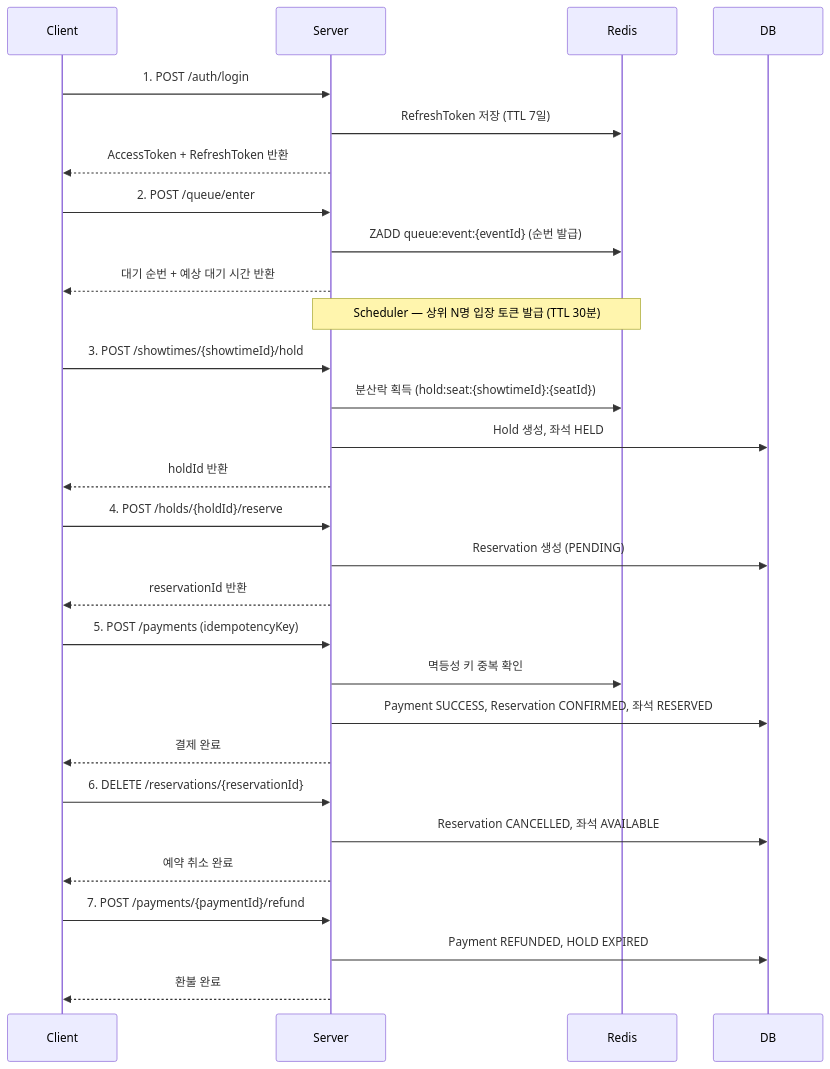
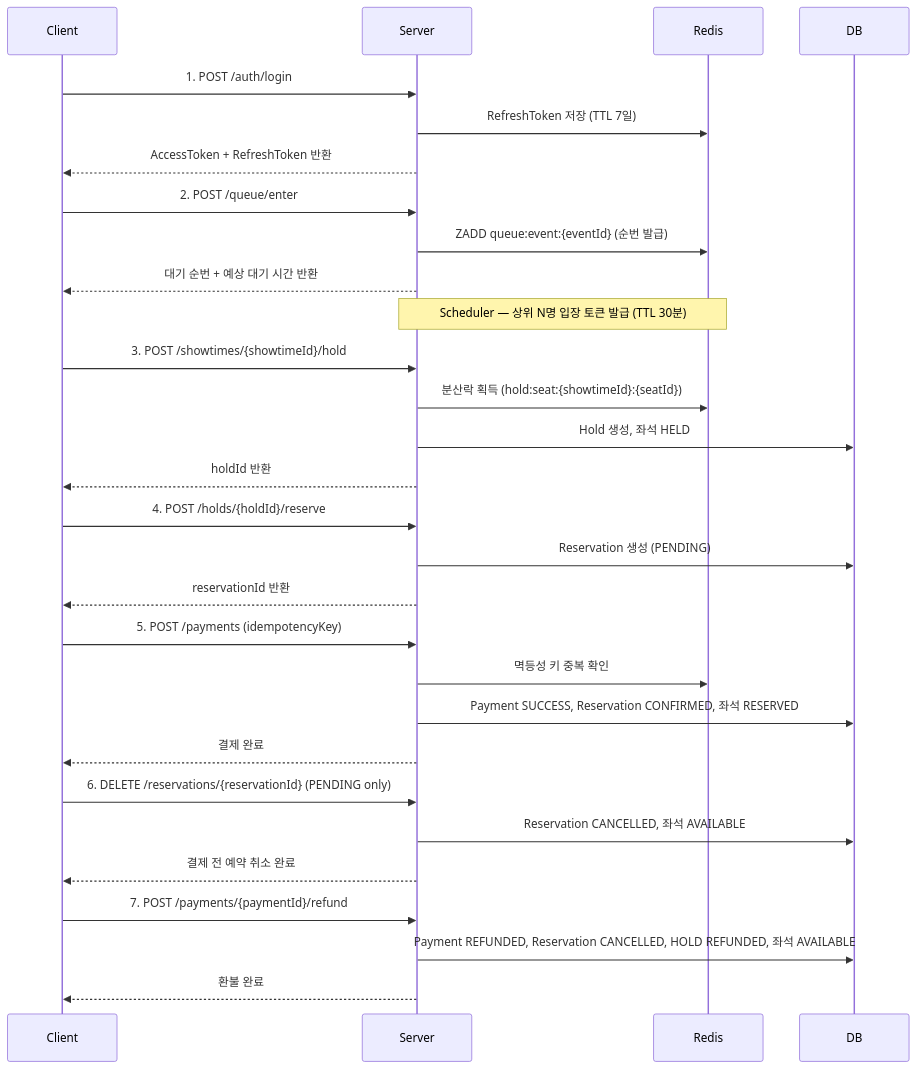
The diagram in README.md (seungpil97/ticketing-reservation-service), drawn with Mermaid before and after one commit. The commit also changed other lines of this file and 15 other files, not shown here.

````diff
--- a/README.md
+++ b/README.md
@@ -22,39 +22,39 @@
 ```mermaid
 sequenceDiagram
     participant Client
     participant Server
     participant Redis
     participant DB
 
     Client->>Server: 1. POST /auth/login
     Server->>Redis: RefreshToken 저장 (TTL 7일)
     Server-->>Client: AccessToken + RefreshToken 반환
 
     Client->>Server: 2. POST /queue/enter
     Server->>Redis: ZADD queue:event:{eventId} (순번 발급)
     Server-->>Client: 대기 순번 + 예상 대기 시간 반환
 
     Note over Server,Redis: Scheduler — 상위 N명 입장 토큰 발급 (TTL 30분)
 
     Client->>Server: 3. POST /showtimes/{showtimeId}/hold
     Server->>Redis: 분산락 획득 (hold:seat:{showtimeId}:{seatId})
     Server->>DB: Hold 생성, 좌석 HELD
     Server-->>Client: holdId 반환
 
     Client->>Server: 4. POST /holds/{holdId}/reserve
     Server->>DB: Reservation 생성 (PENDING)
     Server-->>Client: reservationId 반환
 
     Client->>Server: 5. POST /payments (idempotencyKey)
     Server->>Redis: 멱등성 키 중복 확인
     Server->>DB: Payment SUCCESS, Reservation CONFIRMED, 좌석 RESERVED
     Server-->>Client: 결제 완료
 
-    Client->>Server: 6. DELETE /reservations/{reservationId}
+    Client->>Server: 6. DELETE /reservations/{reservationId} (PENDING only)
     Server->>DB: Reservation CANCELLED, 좌석 AVAILABLE
-    Server-->>Client: 예약 취소 완료
+    Server-->>Client: 결제 전 예약 취소 완료
 
     Client->>Server: 7. POST /payments/{paymentId}/refund
-    Server->>DB: Payment REFUNDED, HOLD EXPIRED
+    Server->>DB: Payment REFUNDED, Reservation CANCELLED, HOLD REFUNDED, 좌석 AVAILABLE
     Server-->>Client: 환불 완료
 ```
````
